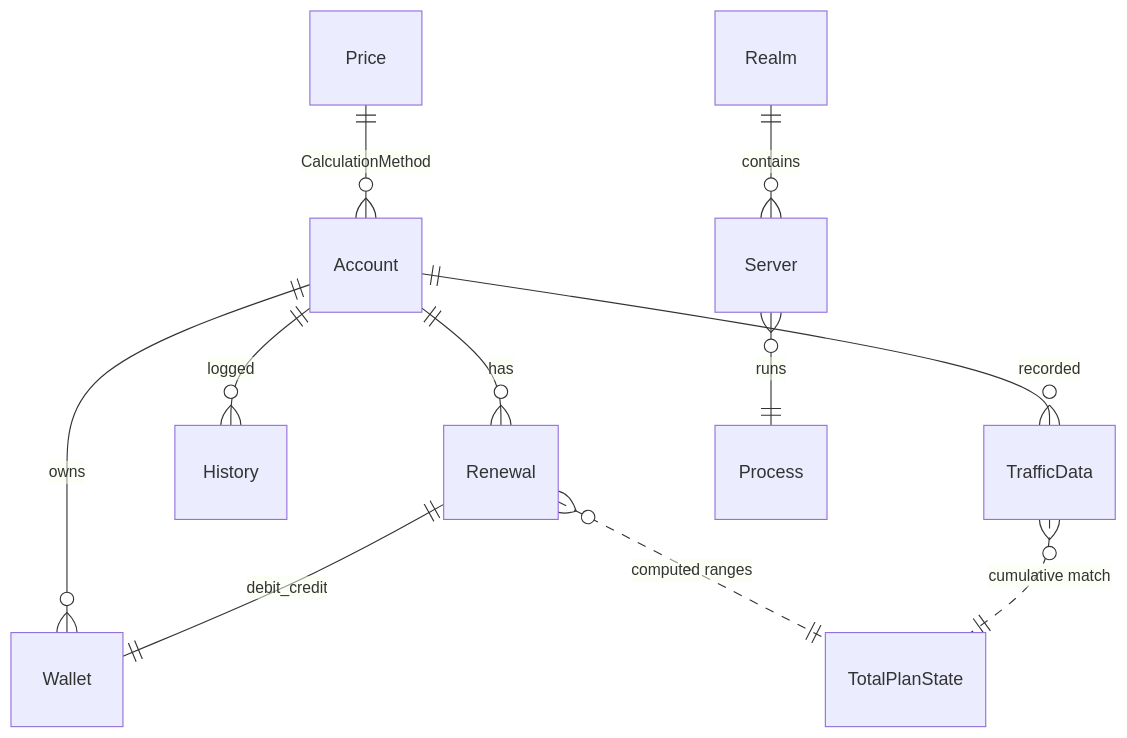
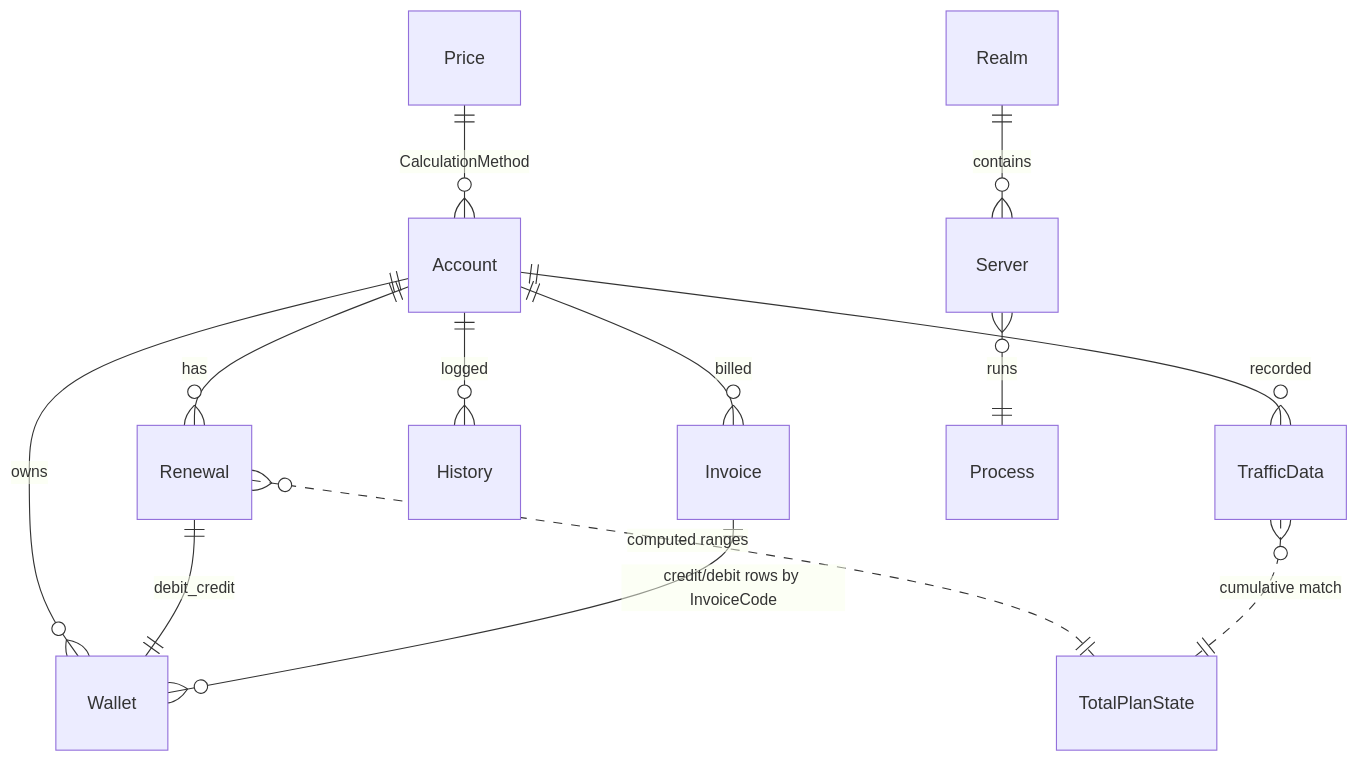
The second of 2 diagrams in docs/09-database.md (h-nargesi/Photon-Bypass), drawn with Mermaid before and after one commit. The commit also changed other lines of this file and 66 other files, not shown here.

````diff
--- a/docs/09-database.md
+++ b/docs/09-database.md
@@ -69,13 +70,15 @@
 ```mermaid
 erDiagram
     Account ||--o{ Renewal : has
     Account ||--o{ Wallet : owns
+    Account ||--o{ Invoice : billed
     Account ||--o{ History : logged
     Account ||--o{ TrafficData : recorded
     Renewal ||--|| Wallet : debit_credit
+    Invoice ||--o{ Wallet : "credit/debit rows by InvoiceCode"
     Realm ||--o{ Server : contains
     Server }o--|| Process : runs
     Price ||--o{ Account : "CalculationMethod"
     Renewal }o..|| TotalPlanState : "computed ranges"
     TrafficData }o..|| TotalPlanState : "cumulative match"
 ```
````
